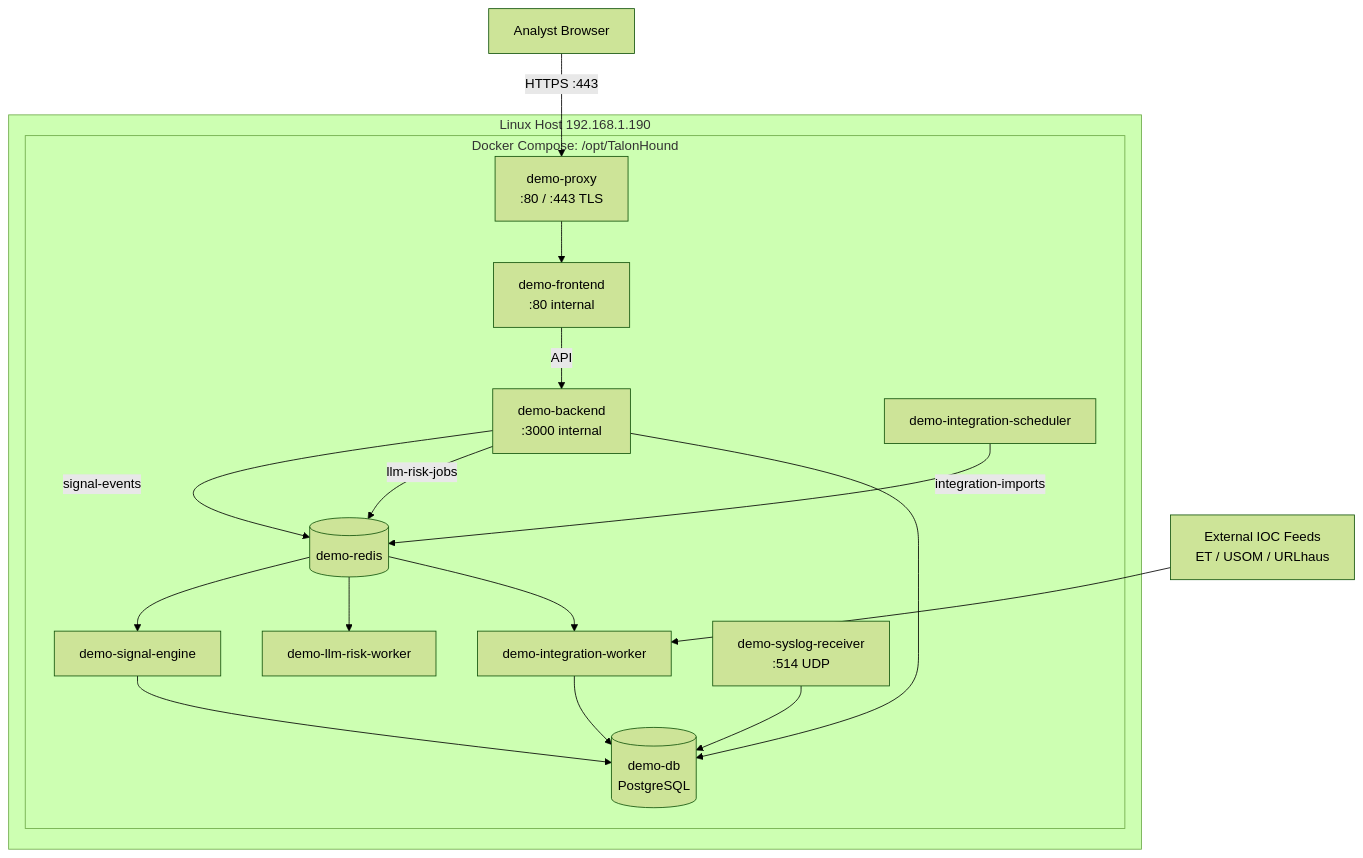
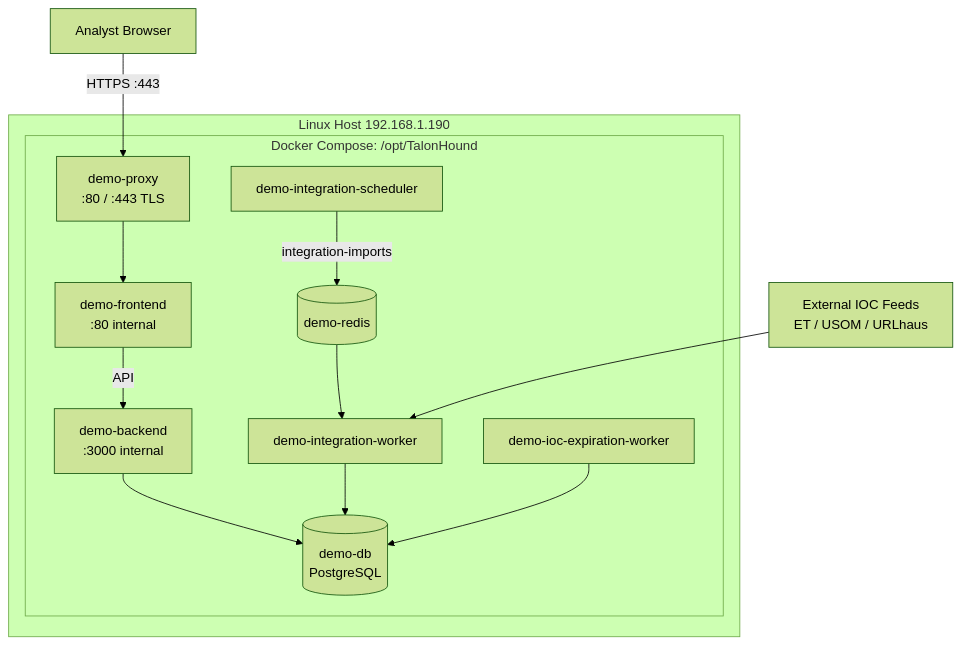
The second of 2 diagrams in docs/system-diagram.md (spatronn/TalonHound), drawn with Mermaid (forest theme) before and after one commit. The commit also changed other lines of this file and 15 other files, not shown here.

First line of the commit message:
refactor: remove syslog-receiver service and all runtime dependencies

````diff
--- a/docs/system-diagram.md
+++ b/docs/system-diagram.md
@@ -32,37 +29,29 @@
 ```mermaid
 flowchart TB
     IOC[External IOC Feeds\nET / USOM / URLhaus]
 
     subgraph HOST[Linux Host 192.168.1.190]
       subgraph COMPOSE[Docker Compose: /opt/TalonHound]
         RP[demo-proxy\n:80 / :443 TLS]
         FE[demo-frontend\n:80 internal]
         BE[demo-backend\n:3000 internal]
         R[(demo-redis)]
         DB[(demo-db\nPostgreSQL)]
-        SE[demo-signal-engine]
         IS[demo-integration-scheduler]
         IW[demo-integration-worker]
-        LLMW[demo-llm-risk-worker]
-        SR[demo-syslog-receiver\n:514 UDP]
+        EXP[demo-ioc-expiration-worker]
       end
     end
 
     USER[Analyst Browser] -->|HTTPS :443| RP
     RP --> FE
     FE -->|API| BE
-
-    BE -->|signal-events| R
-    BE -->|llm-risk-jobs| R
-    R --> SE
-    R --> LLMW
-    SE --> DB
+    BE --> DB
 
     IS -->|integration-imports| R
     R --> IW
     IOC --> IW
     IW --> DB
 
-    SR --> DB
-    BE --> DB
+    EXP --> DB
 ```
````
